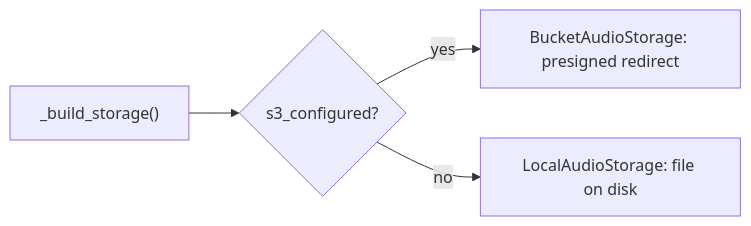
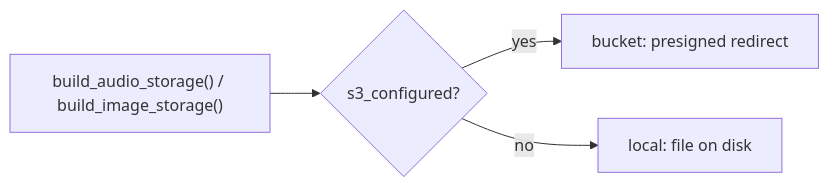
One commit to asermax/nagara changed the second of 3 diagrams in docs/technical-design/persistence-and-storage.md. Above: the diagram before and after it, drawn with Mermaid. The commit also changed other lines of this file, not shown here.

Commit message:
docs(technical-design): document image storage, degradations, and the cost ledger

````diff
--- a/docs/technical-design/persistence-and-storage.md
+++ b/docs/technical-design/persistence-and-storage.md
@@ -52,6 +79,6 @@
 ```mermaid
 flowchart LR
-    F["_build_storage()"] --> Q{"s3_configured?"}
-    Q -->|yes| B["BucketAudioStorage: presigned redirect"]
-    Q -->|no| L["LocalAudioStorage: file on disk"]
+    F["build_audio_storage() / build_image_storage()"] --> Q{"s3_configured?"}
+    Q -->|yes| B["bucket: presigned redirect"]
+    Q -->|no| L["local: file on disk"]
 ```
````
